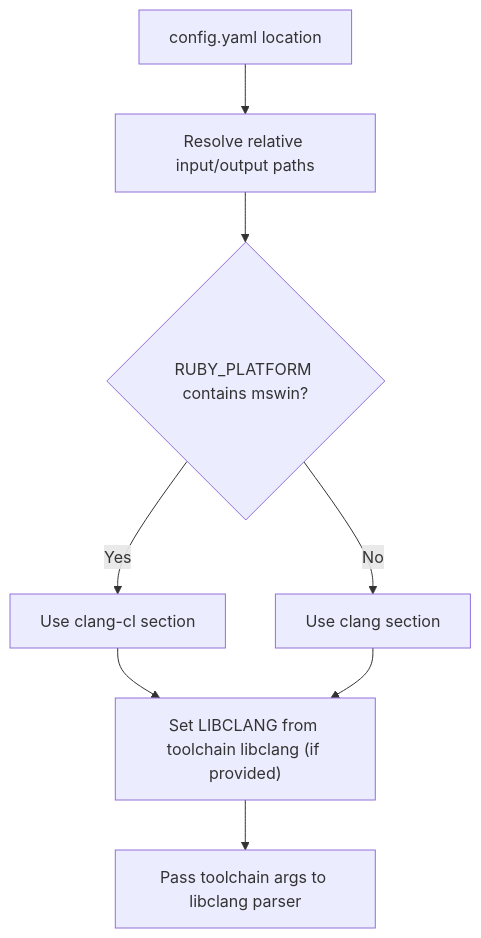
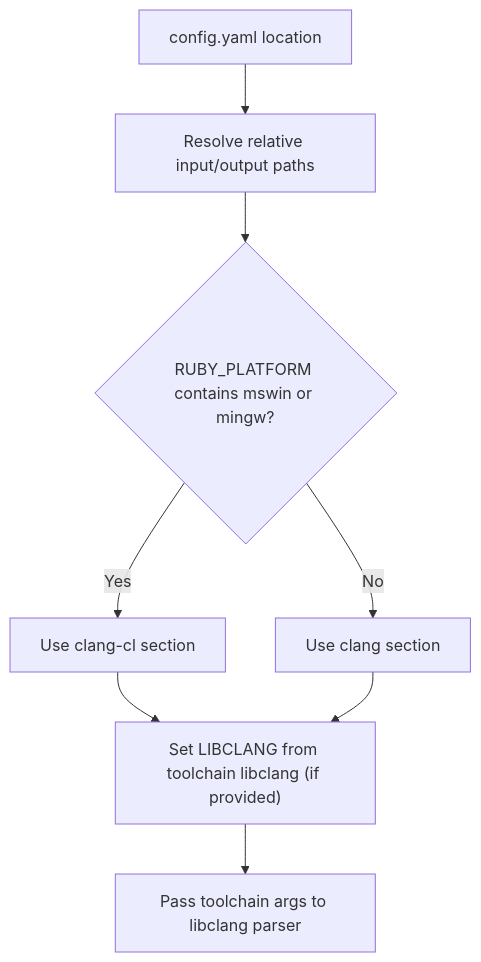
One commit to ruby-rice/ruby-bindgen changed the diagram in docs/configuration.md. Above: the diagram before and after it, drawn with Mermaid. The commit also changed other lines of this file and 8 other files, not shown here.

````diff
--- a/docs/configuration.md
+++ b/docs/configuration.md
@@ -73,10 +73,10 @@
 ```mermaid
 flowchart TD
   A["config.yaml location"] --> B["Resolve relative input/output paths"]
-  B --> C{"RUBY_PLATFORM contains mswin?"}
+  B --> C{"RUBY_PLATFORM contains mswin or mingw?"}
   C -->|Yes| D["Use clang-cl section"]
   C -->|No| E["Use clang section"]
   D --> F["Set LIBCLANG from toolchain libclang (if provided)"]
   E --> F
   F --> G["Pass toolchain args to libclang parser"]
 ```
````
